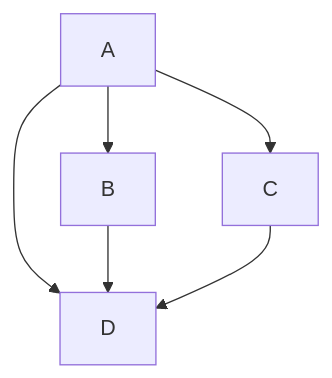
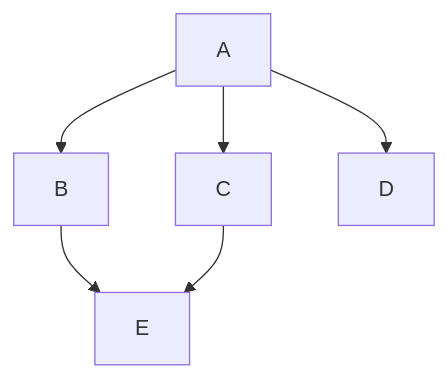
Before and after one commit to ayalamarcelo/golang: the diagram in clase-1-5.md, drawn with Mermaid.

Commit message:
Latest updates

````diff
--- a/clase-1-5.md
+++ b/clase-1-5.md
@@ -125,8 +125,8 @@
 ```mermaid
 graph TD;
     A-->B;
     A-->C;
     A-->D;
-    B-->D;
-    C-->D;
+    B-->E;
+    C-->E;
 ```
````
